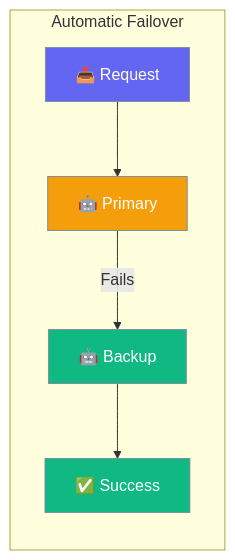
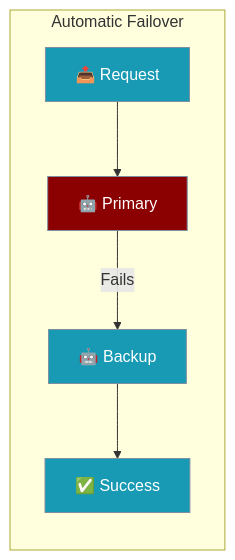
The first of 2 diagrams in docs/js/failover.mdx (MervinPraison/PraisonAIDocs), drawn with Mermaid before and after one commit. The commit also changed 19 other files, not shown here.

````diff
--- a/docs/js/failover.mdx
+++ b/docs/js/failover.mdx
@@ -10,16 +10,13 @@
 ```mermaid
 graph LR
     subgraph "Automatic Failover"
         A[📤 Request] --> B[🤖 Primary]
         B -->|Fails| C[🤖 Backup]
         C --> D[✅ Success]
     end
-    
-    classDef request fill:#6366F1,stroke:#7C90A0,color:#fff
-    classDef primary fill:#F59E0B,stroke:#7C90A0,color:#fff
-    classDef backup fill:#10B981,stroke:#7C90A0,color:#fff
-    
-    class A request
-    class B primary
-    class C,D backup
+
+    classDef agent fill:#8B0000,stroke:#7C90A0,color:#fff
+    classDef tool fill:#189AB4,stroke:#7C90A0,color:#fff
+    class B agent
+    class A,C,D tool
 ```
````
